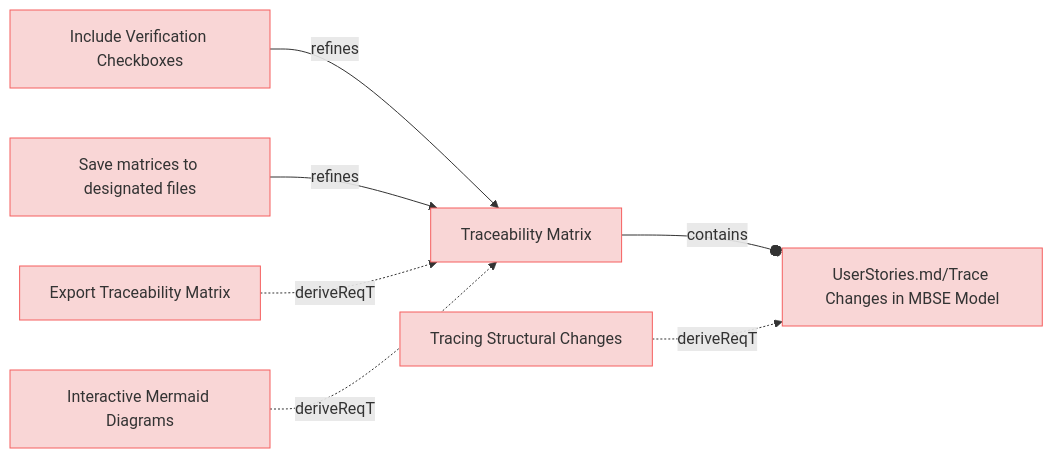
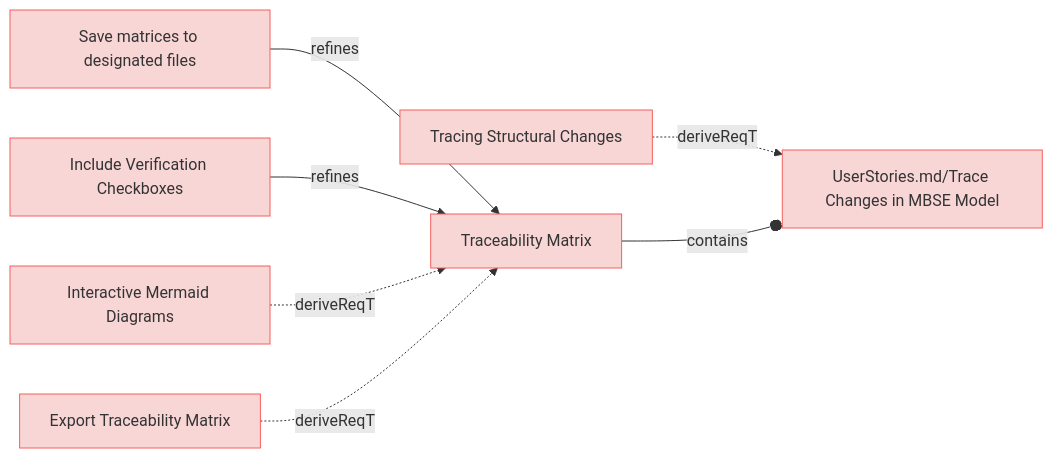
One commit to reqvire-org/reqvire changed the sixth of 9 diagrams in specifications/UserRequirements.md. Above: the diagram before and after it, drawn with Mermaid. The commit also changed other lines of this file and 14 other files, not shown here.

Commit message:
Diagram fixes

````diff
--- a/specifications/UserRequirements.md
+++ b/specifications/UserRequirements.md
@@ -483,36 +483,36 @@
 ```mermaid
 graph LR;
   %% Graph styling
   classDef requirement fill:#f9d6d6,stroke:#f55f5f,stroke-width:1px;
   classDef verification fill:#d6f9d6,stroke:#5fd75f,stroke-width:1px;
   classDef externalLink fill:#d0e0ff,stroke:#3080ff,stroke-width:1px;
   classDef default fill:#f5f5f5,stroke:#333333,stroke-width:1px;
 
+  c4b025f6ac8438c7["Save matrices to designated files"];
+  click c4b025f6ac8438c7 "UserRequirements.md#save-matrices-to-designated-files";
+  class c4b025f6ac8438c7 requirement;
+  ba40352f8e72c125["Traceability Matrix"];
+  class ba40352f8e72c125 requirement;
+  click ba40352f8e72c125 "UserRequirements.md#traceability-matrix";
+  c4b025f6ac8438c7 -->|refines| ba40352f8e72c125;
   273dcdad7a4c7b9a["Include Verification Checkboxes"];
   click 273dcdad7a4c7b9a "UserRequirements.md#include-verification-checkboxes";
   class 273dcdad7a4c7b9a requirement;
-  ba40352f8e72c125["Traceability Matrix"];
-  class ba40352f8e72c125 requirement;
-  click ba40352f8e72c125 "UserRequirements.md#traceability-matrix";
   273dcdad7a4c7b9a -->|refines| ba40352f8e72c125;
-  36d8b2eb16113a7f["UserStories.md/Trace Changes in MBSE Model"];
-  class 36d8b2eb16113a7f requirement;
-  click 36d8b2eb16113a7f "UserStories.md#trace-changes-in-mbse-model";
-  ba40352f8e72c125 --o|contains| 36d8b2eb16113a7f;
-  c4b025f6ac8438c7["Save matrices to designated files"];
-  click c4b025f6ac8438c7 "UserRequirements.md#save-matrices-to-designated-files";
-  class c4b025f6ac8438c7 requirement;
-  c4b025f6ac8438c7 -->|refines| ba40352f8e72c125;
+  e867499409ae347a["Interactive Mermaid Diagrams"];
+  click e867499409ae347a "UserRequirements.md#interactive-mermaid-diagrams";
+  class e867499409ae347a requirement;
+  e867499409ae347a -.->|deriveReqT| ba40352f8e72c125;
   4b7b4328173caada["Export Traceability Matrix"];
   click 4b7b4328173caada "UserRequirements.md#export-traceability-matrix";
   class 4b7b4328173caada requirement;
   4b7b4328173caada -.->|deriveReqT| ba40352f8e72c125;
   91ebf7e73d5ac081["Tracing Structural Changes"];
   click 91ebf7e73d5ac081 "UserRequirements.md#tracing-structural-changes";
   class 91ebf7e73d5ac081 requirement;
+  36d8b2eb16113a7f["UserStories.md/Trace Changes in MBSE Model"];
+  class 36d8b2eb16113a7f requirement;
+  click 36d8b2eb16113a7f "UserStories.md#trace-changes-in-mbse-model";
   91ebf7e73d5ac081 -.->|deriveReqT| 36d8b2eb16113a7f;
-  e867499409ae347a["Interactive Mermaid Diagrams"];
-  click e867499409ae347a "UserRequirements.md#interactive-mermaid-diagrams";
-  class e867499409ae347a requirement;
-  e867499409ae347a -.->|deriveReqT| ba40352f8e72c125;
+  ba40352f8e72c125 --o|contains| 36d8b2eb16113a7f;
 ```
````
